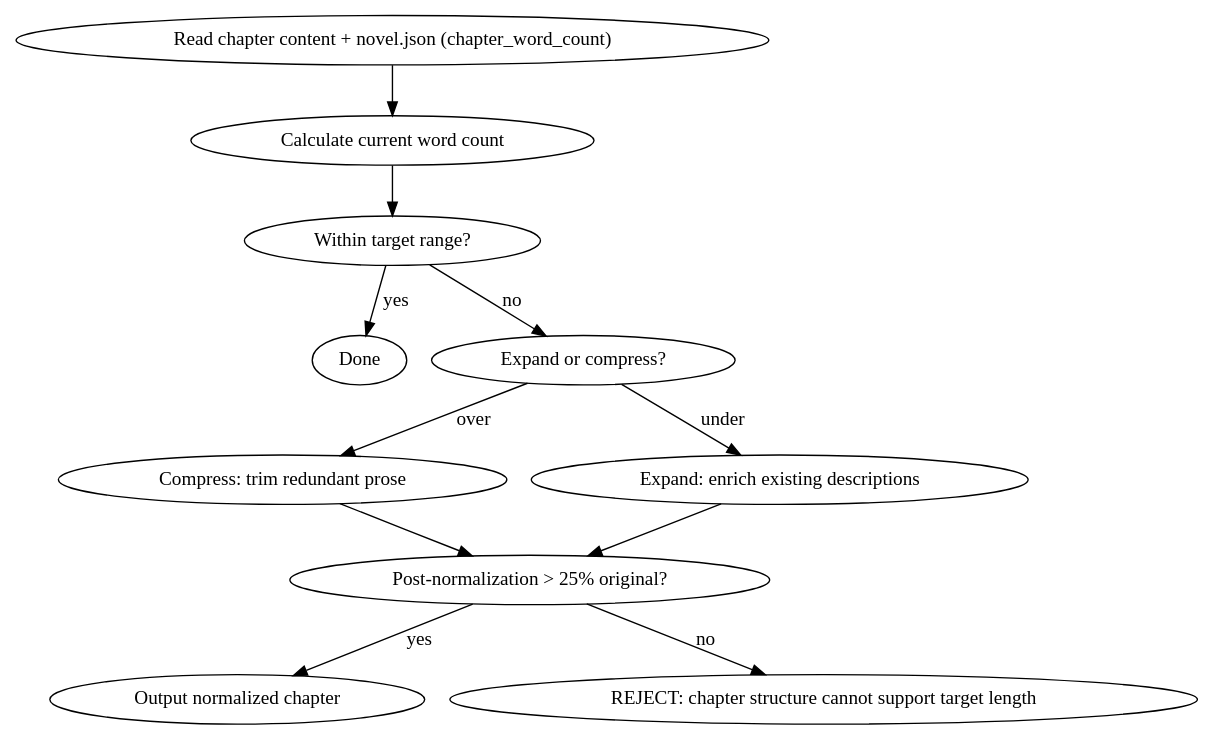
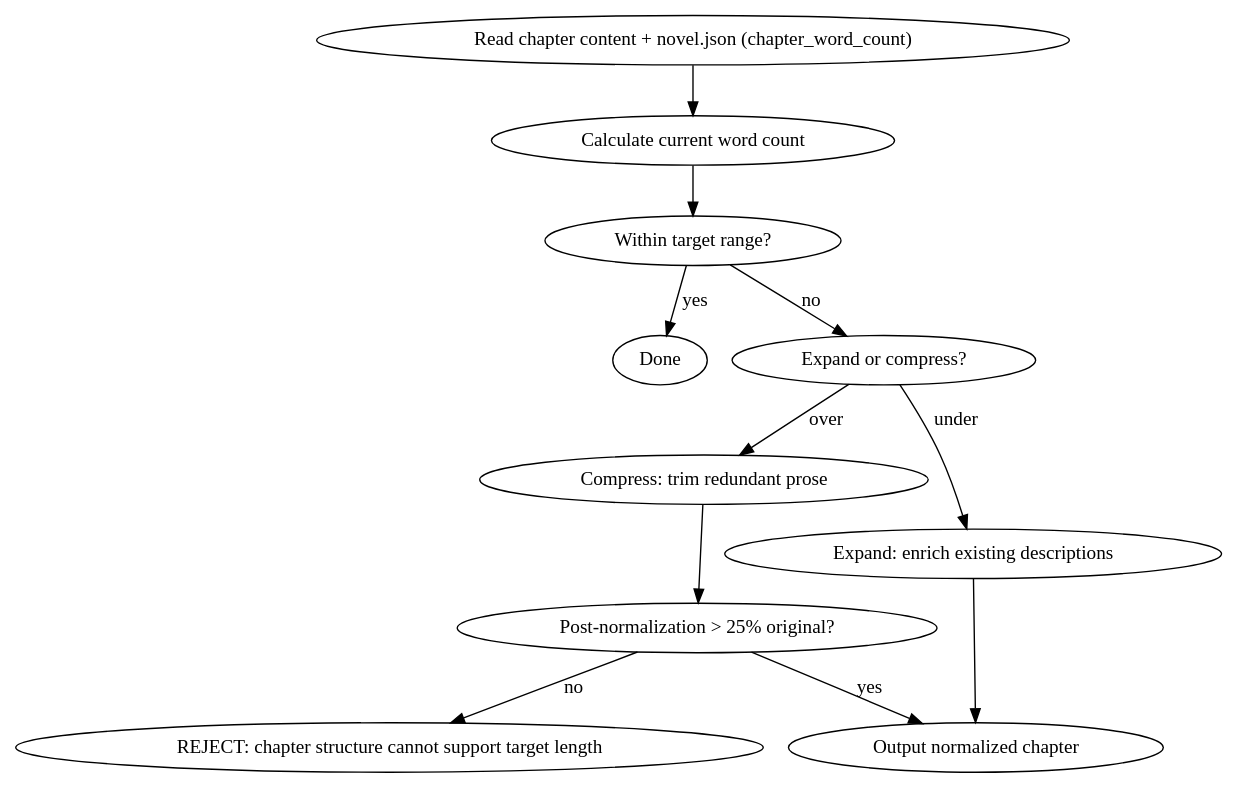
One commit to ThomasChangX/shenbi changed the diagram in skills/shenbi-length-normalizing/SKILL.md. Above: the diagram before and after it, drawn with Graphviz. The commit also changed 5 other files, not shown here.

````diff
--- a/skills/shenbi-length-normalizing/SKILL.md
+++ b/skills/shenbi-length-normalizing/SKILL.md
@@ -12,14 +12,14 @@
 ```dot
 digraph length_normalizing {
     "Read chapter content + novel.json (chapter_word_count)" -> "Calculate current word count";
     "Calculate current word count" -> "Within target range?";
     "Within target range?" -> "Done" [label="yes"];
     "Within target range?" -> "Expand or compress?" [label="no"];
     "Expand or compress?" -> "Compress: trim redundant prose" [label="over"];
     "Expand or compress?" -> "Expand: enrich existing descriptions" [label="under"];
     "Compress: trim redundant prose" -> "Post-normalization > 25% original?";
-    "Expand: enrich existing descriptions" -> "Post-normalization > 25% original?";
+    "Expand: enrich existing descriptions" -> "Output normalized chapter";
     "Post-normalization > 25% original?" -> "Output normalized chapter" [label="yes"];
     "Post-normalization > 25% original?" -> "REJECT: chapter structure cannot support target length" [label="no"];
 }
 ```
````
